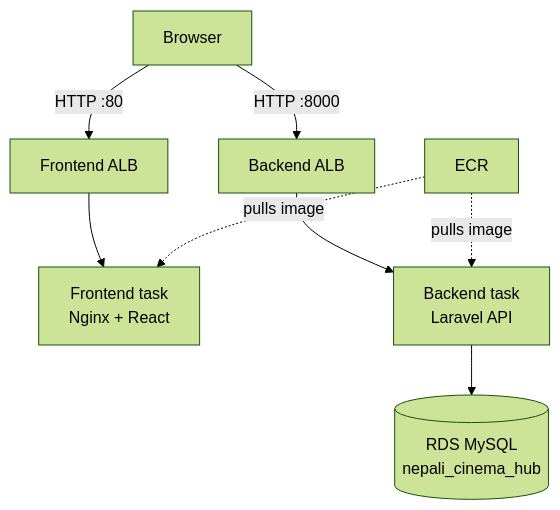
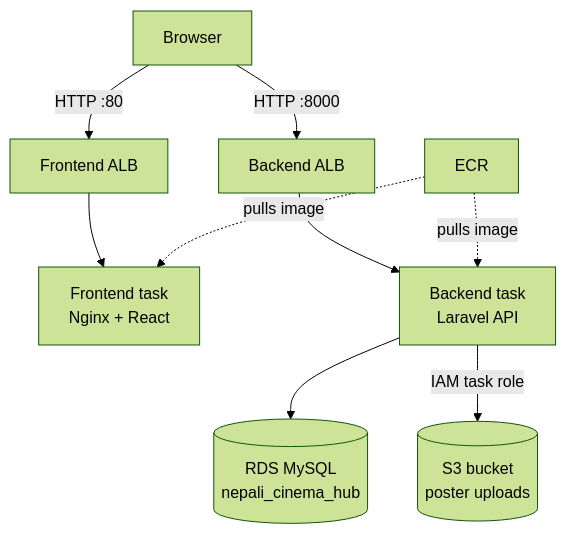
Before and after one commit to suvkshyaa/Cinema-Nepal: the second of 2 diagrams in README.md, drawn with Mermaid (forest theme). The commit also changed other lines of this file, not shown here.

Commit message:
Update README with new AWS architecture

````diff
--- a/README.md
+++ b/README.md
@@ -68,10 +69,11 @@
 ```mermaid
 graph TD
   Browser["Browser"] -->|"HTTP :80"| FrontendALB["Frontend ALB"]
   Browser -->|"HTTP :8000"| BackendALB["Backend ALB"]
   FrontendALB --> FrontendTask["Frontend task<br/>Nginx + React"]
   BackendALB --> BackendTask["Backend task<br/>Laravel API"]
   BackendTask --> RDS[("RDS MySQL<br/>nepali_cinema_hub")]
+  BackendTask -->|"IAM task role"| S3[("S3 bucket<br/>poster uploads")]
   ECR["ECR"] -.->|"pulls image"| FrontendTask
   ECR -.->|"pulls image"| BackendTask
 ```
````
